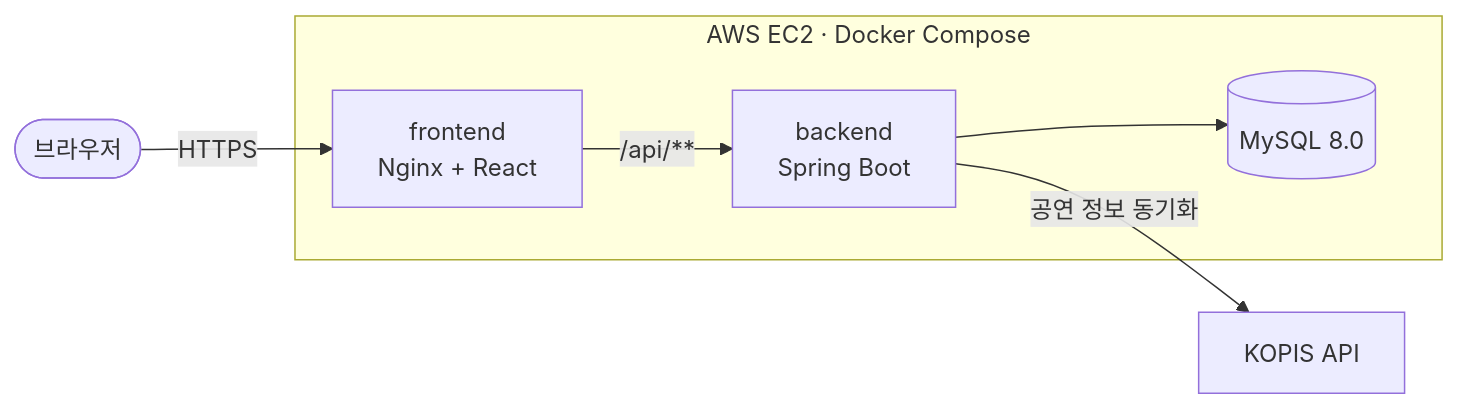
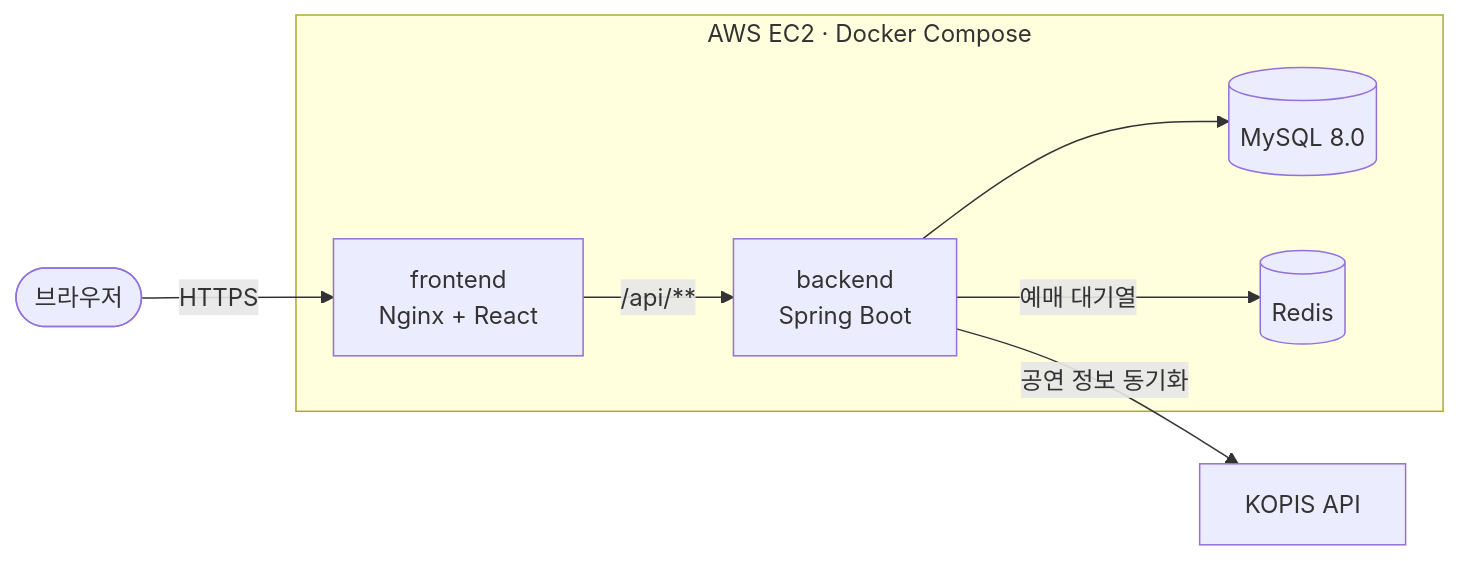
One commit to dongri-p/InMyTicket_JPA changed the diagram in README.md. Above: the diagram before and after it, drawn with Mermaid. The commit also changed other lines of this file and 2 other files, not shown here.

````diff
--- a/README.md
+++ b/README.md
@@ -43,9 +44,10 @@
 ```mermaid
 flowchart LR
     User([브라우저]) -- HTTPS --> Nginx["frontend<br/>Nginx + React"]
     subgraph EC2["AWS EC2 · Docker Compose"]
         Nginx -- "/api/**" --> Backend["backend<br/>Spring Boot"]
         Backend --> DB[("MySQL 8.0")]
+        Backend -- 예매 대기열 --> Redis[("Redis")]
     end
     Backend -- 공연 정보 동기화 --> KOPIS["KOPIS API"]
 ```
````
